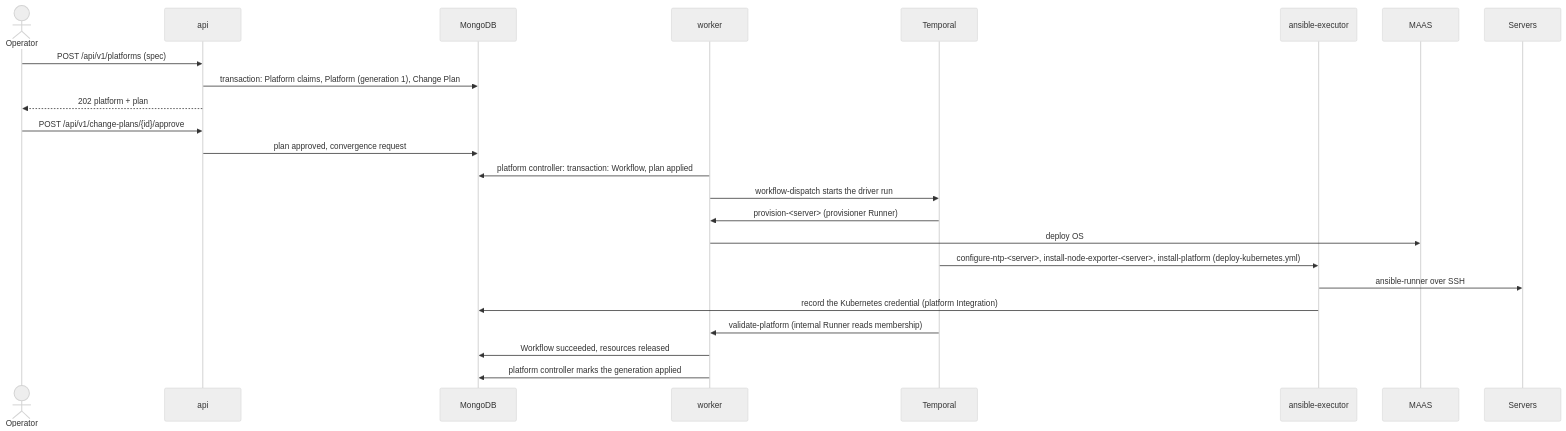
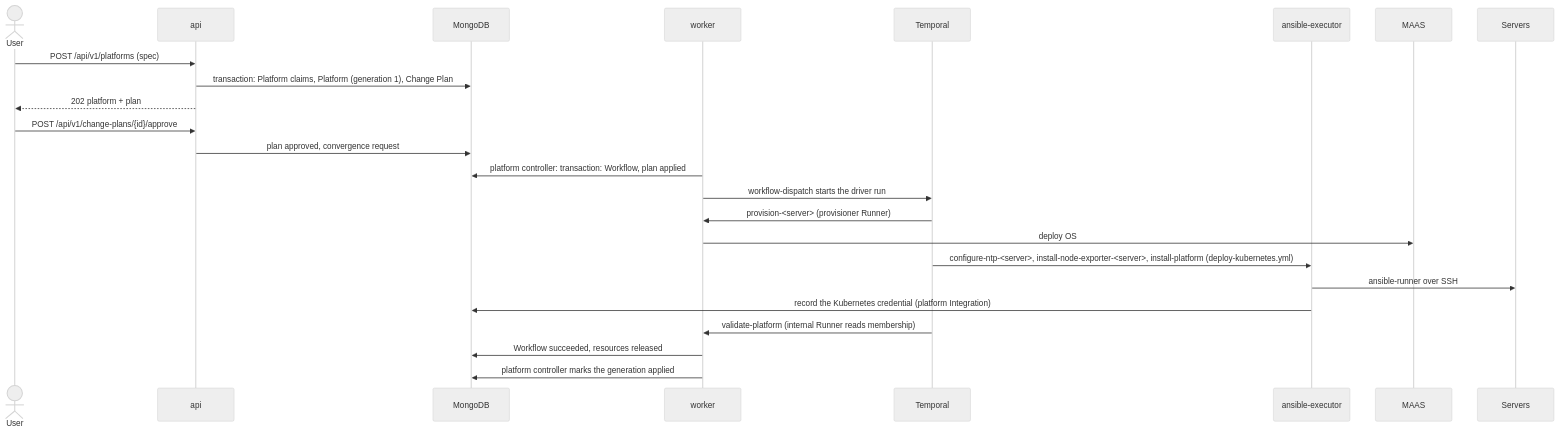
One commit to maple52046/swallow changed the second of 2 diagrams in docs/development/system-overview.md. Above: the diagram before and after it, drawn with Mermaid (neutral theme). The commit also changed 116 other files, not shown here.

````diff
--- a/docs/development/system-overview.md
+++ b/docs/development/system-overview.md
@@ -127,27 +127,27 @@
 ```mermaid
 sequenceDiagram
-    actor Operator
+    actor User
     participant API as api
     participant DB as MongoDB
     participant W as worker
     participant T as Temporal
     participant X as ansible-executor
     participant MAAS
     participant Hosts as Servers
 
-    Operator->>API: POST /api/v1/platforms (spec)
+    User->>API: POST /api/v1/platforms (spec)
     API->>DB: transaction: Platform claims, Platform (generation 1), Change Plan
-    API-->>Operator: 202 platform + plan
-    Operator->>API: POST /api/v1/change-plans/{id}/approve
+    API-->>User: 202 platform + plan
+    User->>API: POST /api/v1/change-plans/{id}/approve
     API->>DB: plan approved, convergence request
     W->>DB: platform controller: transaction: Workflow, plan applied
     W->>T: workflow-dispatch starts the driver run
     T->>W: provision-<server> (provisioner Runner)
     W->>MAAS: deploy OS
     T->>X: configure-ntp-<server>, install-node-exporter-<server>, install-platform (deploy-kubernetes.yml)
     X->>Hosts: ansible-runner over SSH
     X->>DB: record the Kubernetes credential (platform Integration)
     T->>W: validate-platform (internal Runner reads membership)
     W->>DB: Workflow succeeded, resources released
     W->>DB: platform controller marks the generation applied
 ```
````
